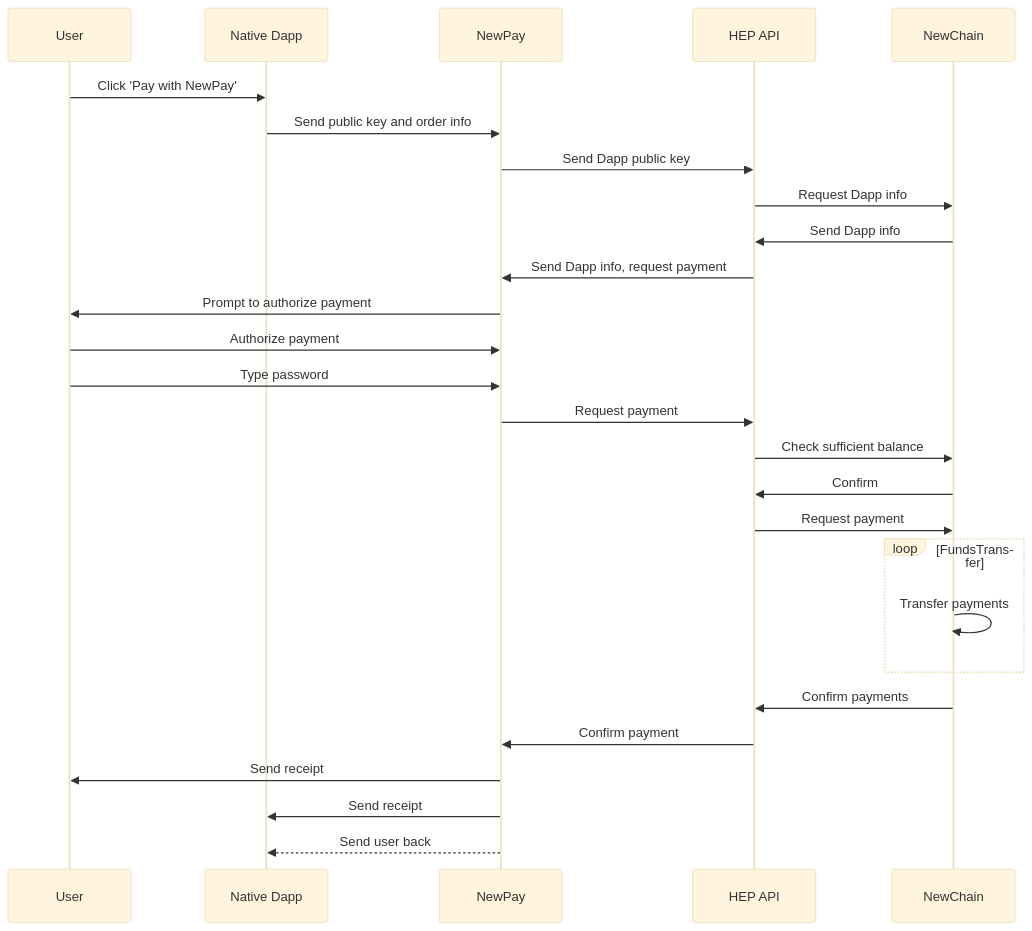
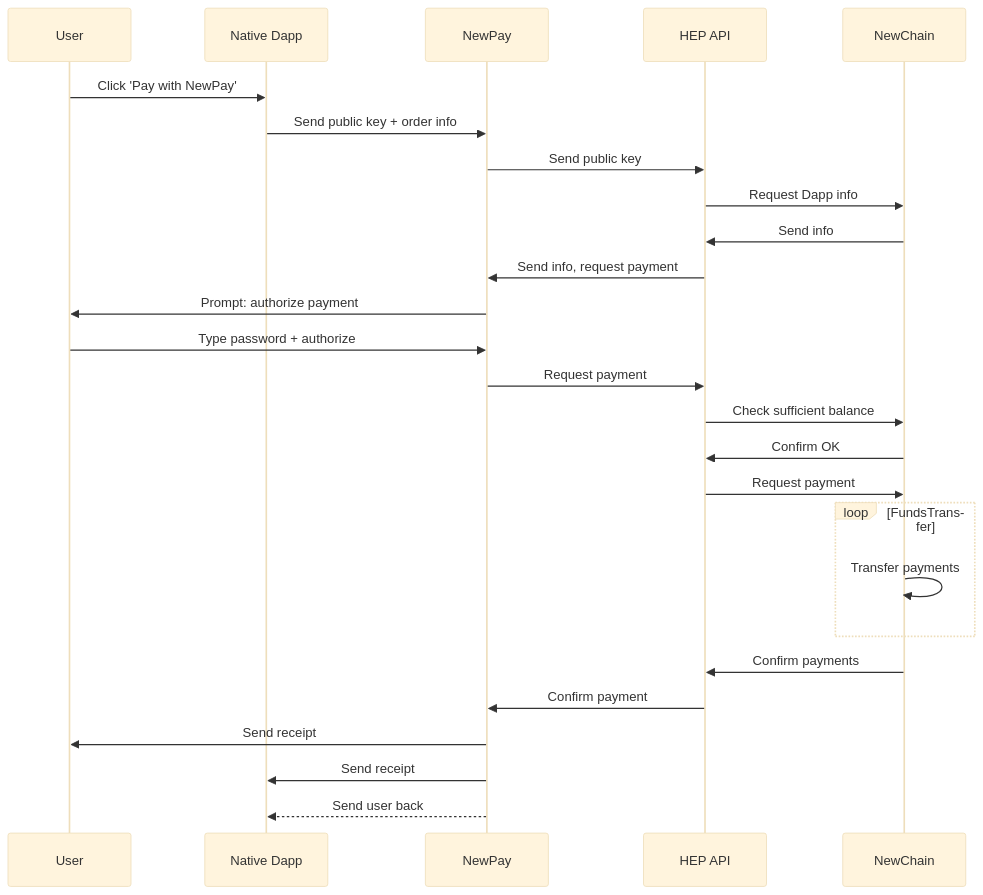
Before and after one commit to newtonproject/HEP-specification: the diagram in diagrams/payment_process_native.mermaid, drawn with Mermaid (base theme). The commit also changed 1 other file, not shown here.

Commit message:
Sync with external mermaid

```diff
--- a/diagrams/payment_process_native.mermaid
+++ b/diagrams/payment_process_native.mermaid
@@ -1,28 +1,27 @@
 sequenceDiagram;
     participant User;
     participant Native Dapp;
 	participant NewPay;
 	participant HEP API;
 	participant NewChain;
 
     User->>Native Dapp: Click 'Pay with NewPay';
-	Native Dapp->>NewPay: Send public key and order info;
-	NewPay->>HEP API: Send Dapp public key;
+	Native Dapp->>NewPay: Send public key + order info;
+	NewPay->>HEP API: Send public key;
 	HEP API->>NewChain: Request Dapp info;
-	NewChain->>HEP API: Send Dapp info;
-	HEP API->>NewPay: Send Dapp info, request payment;
-	NewPay->> User: Prompt to authorize payment;
-	User->>NewPay: Authorize payment;
-	User->>NewPay: Type password;
+	NewChain->>HEP API: Send info;
+	HEP API->>NewPay: Send info, request payment;
+	NewPay->> User: Prompt: authorize payment;
+	User->>NewPay: Type password + authorize;
 	NewPay->>HEP API: Request payment;
 	HEP API->>NewChain: Check sufficient balance;
-	NewChain->>HEP API: Confirm
+	NewChain->>HEP API: Confirm OK
 	HEP API->>NewChain: Request payment;
 loop FundsTransfer;
         NewChain->>NewChain: Transfer payments;
 	end;
 	NewChain->>HEP API: Confirm payments;
 	HEP API->>NewPay: Confirm payment;
 	NewPay->>User: Send receipt;
 	NewPay->>Native Dapp: Send receipt;
 	NewPay-->>Native Dapp: Send user back;
```
